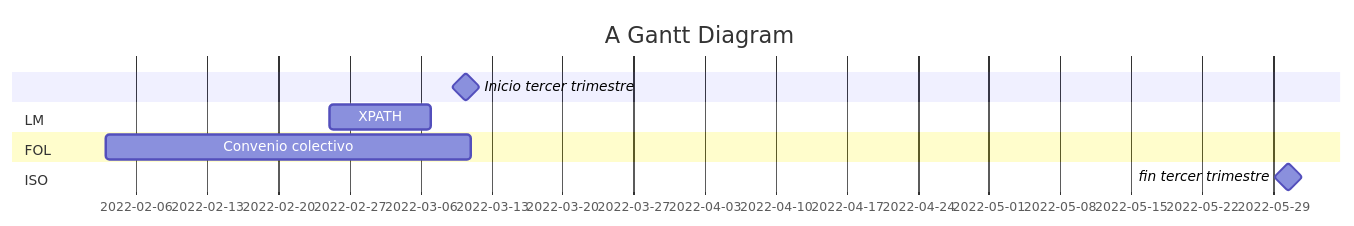
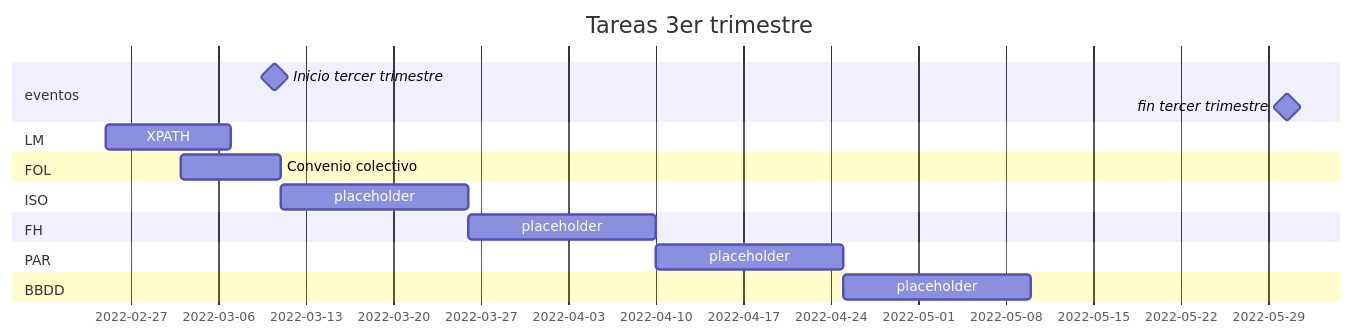
One commit to robertorodriguez98/apuntesClase changed the diagram in README.md. Above: the diagram before and after it, drawn with Mermaid.

````diff
--- a/README.md
+++ b/README.md
@@ -3,15 +3,25 @@
 ```mermaid
 gantt
-    title A Gantt Diagram
+    title Tareas 3er trimestre
     dateFormat  YYYY-MM-DD
+    section eventos
     Inicio tercer trimestre : milestone,2022-03-10,1d
+    fin tercer trimestre : milestone,2022-05-30,1d
     section LM
     XPATH                   :a1, 2022-02-25, 2022-03-07
 
     section FOL
-    Convenio colectivo      :2022-02-03,2022-03-11
+    Convenio colectivo      :2022-03-03,2022-03-11
 
     section ISO
-    
-    fin tercer trimestre : milestone,2022-05-30,1d
+    placeholder             :15d
+
+    section FH
+    placeholder             :15d
+
+    section PAR
+    placeholder             :15d
+
+    section BBDD
+    placeholder             :15d
 ```
````
